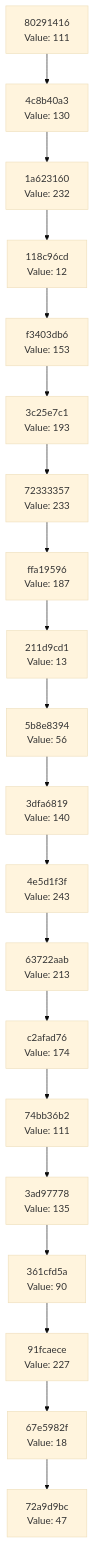
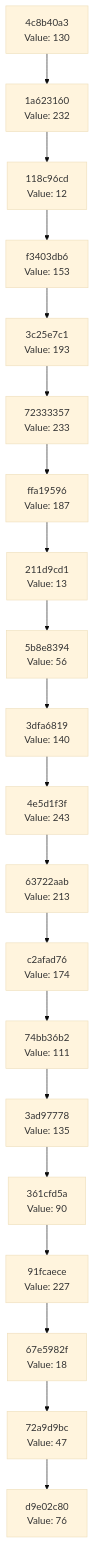
One commit to Abhisheksinha1506/hash-chain-evolver changed the diagram in docs/CHAIN_VISUALIZATION.md. Above: the diagram before and after it, drawn with Mermaid (base theme). The commit also changed 3 other files, not shown here.

````diff
--- a/docs/CHAIN_VISUALIZATION.md
+++ b/docs/CHAIN_VISUALIZATION.md
@@ -3,42 +3,42 @@
 ```mermaid
 graph TD
-    C0["72a9d9bc<br/>Value: 47"]
-    C1["67e5982f<br/>Value: 18"]
+    C0["d9e02c80<br/>Value: 76"]
+    C1["72a9d9bc<br/>Value: 47"]
     C1 --> C0
-    C2["91fcaece<br/>Value: 227"]
+    C2["67e5982f<br/>Value: 18"]
     C2 --> C1
-    C3["361cfd5a<br/>Value: 90"]
+    C3["91fcaece<br/>Value: 227"]
     C3 --> C2
-    C4["3ad97778<br/>Value: 135"]
+    C4["361cfd5a<br/>Value: 90"]
     C4 --> C3
-    C5["74bb36b2<br/>Value: 111"]
+    C5["3ad97778<br/>Value: 135"]
     C5 --> C4
-    C6["c2afad76<br/>Value: 174"]
+    C6["74bb36b2<br/>Value: 111"]
     C6 --> C5
-    C7["63722aab<br/>Value: 213"]
+    C7["c2afad76<br/>Value: 174"]
     C7 --> C6
-    C8["4e5d1f3f<br/>Value: 243"]
+    C8["63722aab<br/>Value: 213"]
     C8 --> C7
-    C9["3dfa6819<br/>Value: 140"]
+    C9["4e5d1f3f<br/>Value: 243"]
     C9 --> C8
-    C10["5b8e8394<br/>Value: 56"]
+    C10["3dfa6819<br/>Value: 140"]
     C10 --> C9
-    C11["211d9cd1<br/>Value: 13"]
+    C11["5b8e8394<br/>Value: 56"]
     C11 --> C10
-    C12["ffa19596<br/>Value: 187"]
+    C12["211d9cd1<br/>Value: 13"]
     C12 --> C11
-    C13["72333357<br/>Value: 233"]
+    C13["ffa19596<br/>Value: 187"]
     C13 --> C12
-    C14["3c25e7c1<br/>Value: 193"]
+    C14["72333357<br/>Value: 233"]
     C14 --> C13
-    C15["f3403db6<br/>Value: 153"]
+    C15["3c25e7c1<br/>Value: 193"]
     C15 --> C14
-    C16["118c96cd<br/>Value: 12"]
+    C16["f3403db6<br/>Value: 153"]
     C16 --> C15
-    C17["1a623160<br/>Value: 232"]
+    C17["118c96cd<br/>Value: 12"]
     C17 --> C16
-    C18["4c8b40a3<br/>Value: 130"]
+    C18["1a623160<br/>Value: 232"]
     C18 --> C17
-    C19["80291416<br/>Value: 111"]
+    C19["4c8b40a3<br/>Value: 130"]
     C19 --> C18
 ```
````
